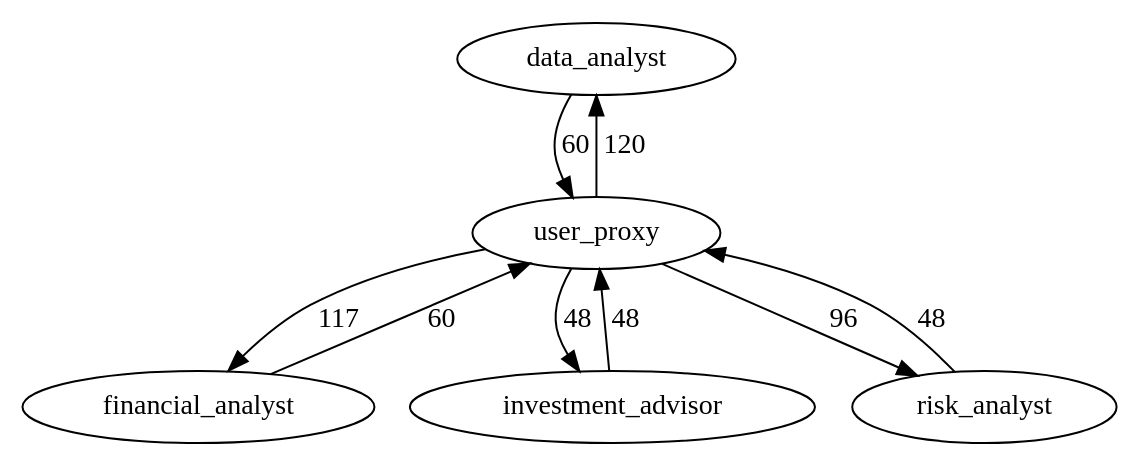
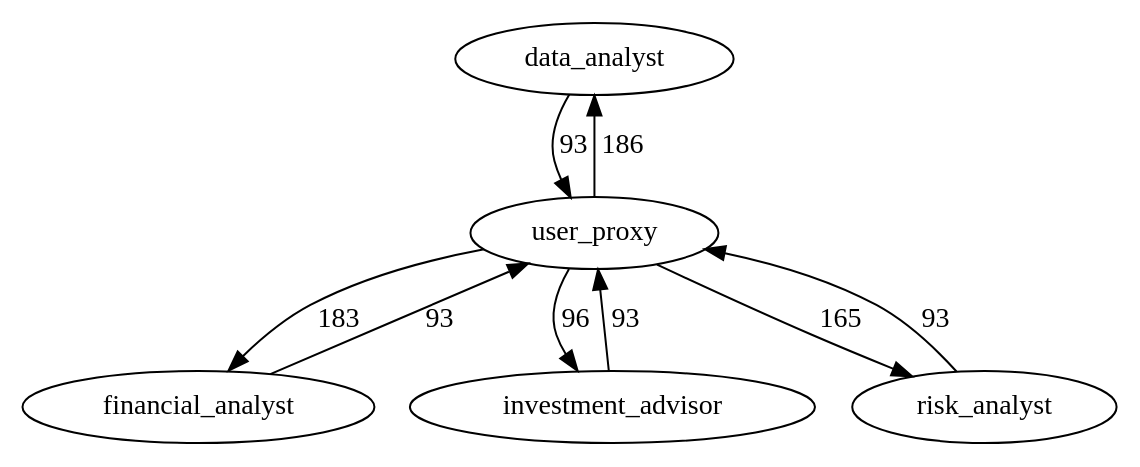
One commit to BzhH7/MASentinel changed the diagram in outputs/system3_financial_analysis/trace_graph.dot. Above: the diagram before and after it, drawn with Graphviz. The commit also changed 294 other files, not shown here.

```diff
--- a/outputs/system3_financial_analysis/trace_graph.dot
+++ b/outputs/system3_financial_analysis/trace_graph.dot
@@ -1,15 +1,15 @@
 digraph MASentinelTrace {
   "data_analyst" [shape=ellipse];
   "financial_analyst" [shape=ellipse];
   "investment_advisor" [shape=ellipse];
   "risk_analyst" [shape=ellipse];
   "user_proxy" [shape=ellipse];
-  "data_analyst" -> "user_proxy" [label="60"];
-  "financial_analyst" -> "user_proxy" [label="60"];
-  "investment_advisor" -> "user_proxy" [label="48"];
-  "risk_analyst" -> "user_proxy" [label="48"];
-  "user_proxy" -> "data_analyst" [label="120"];
-  "user_proxy" -> "financial_analyst" [label="117"];
-  "user_proxy" -> "investment_advisor" [label="48"];
-  "user_proxy" -> "risk_analyst" [label="96"];
+  "data_analyst" -> "user_proxy" [label="93"];
+  "financial_analyst" -> "user_proxy" [label="93"];
+  "investment_advisor" -> "user_proxy" [label="93"];
+  "risk_analyst" -> "user_proxy" [label="93"];
+  "user_proxy" -> "data_analyst" [label="186"];
+  "user_proxy" -> "financial_analyst" [label="183"];
+  "user_proxy" -> "investment_advisor" [label="96"];
+  "user_proxy" -> "risk_analyst" [label="165"];
 }
```
